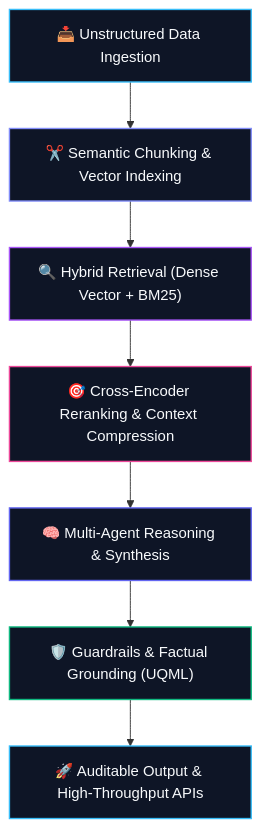
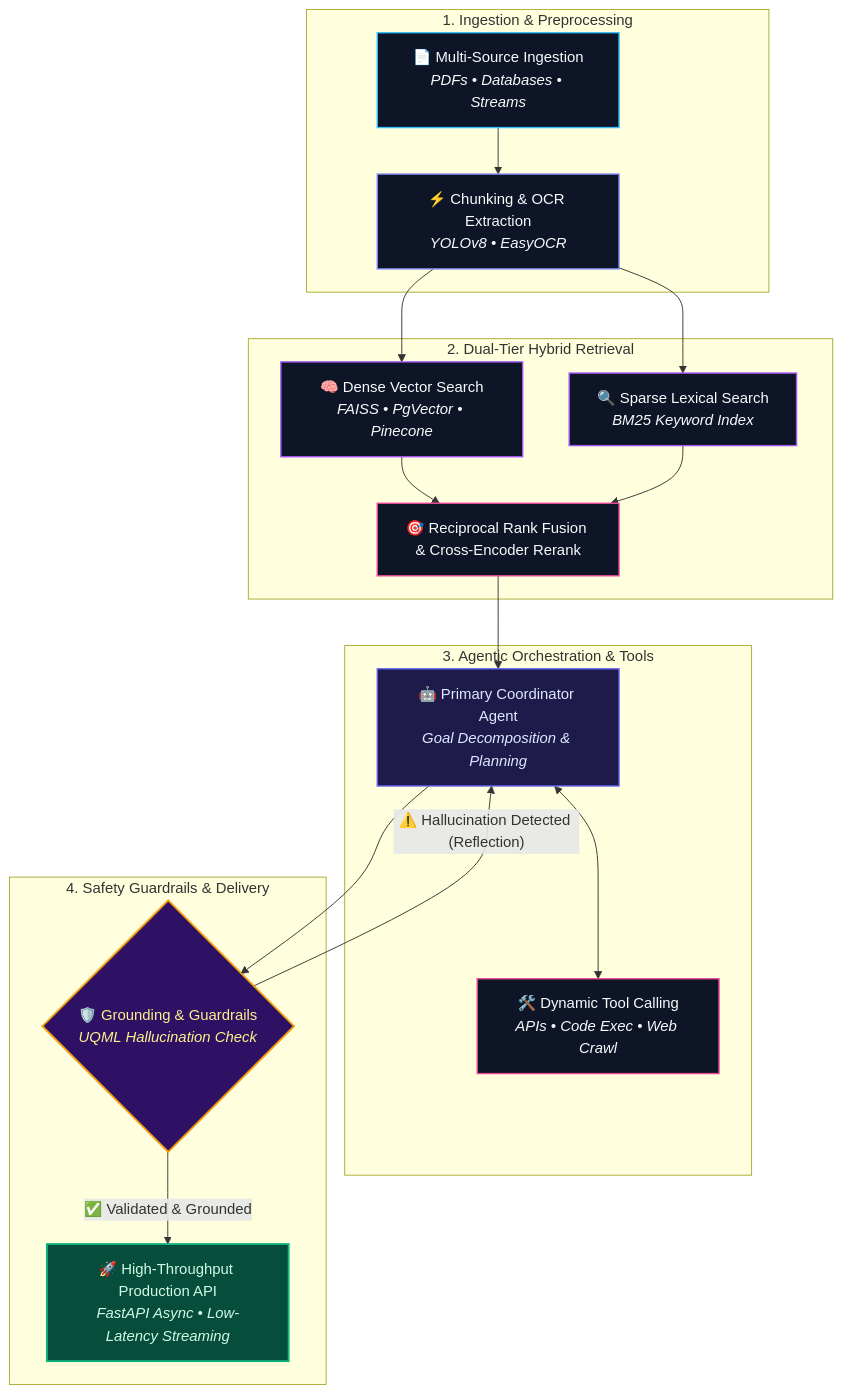
The diagram in README.md (lasithadilshan/lasithadilshan), drawn with Mermaid before and after one commit. The commit also changed other lines of this file and 1 other file, not shown here.

Commit message:
Upgrade Architectural Principles section with enterprise vector diagram and advanced Mermaid pipeline

````diff
--- a/README.md
+++ b/README.md
@@ -243,17 +217,33 @@
 ```mermaid
-flowchart TD
-    A["📥 Unstructured Data Ingestion"] --> B["✂️ Semantic Chunking & Vector Indexing"]
-    B --> C["🔍 Hybrid Retrieval (Dense Vector + BM25)"]
-    C --> D["🎯 Cross-Encoder Reranking & Context Compression"]
-    D --> E["🧠 Multi-Agent Reasoning & Synthesis"]
-    E --> F["🛡️ Guardrails & Factual Grounding (UQML)"]
-    F --> G["🚀 Auditable Output & High-Throughput APIs"]
+flowchart TB
+    subgraph S1 ["1. Ingestion & Preprocessing"]
+        A["📄 Multi-Source Ingestion<br/><i>PDFs • Databases • Streams</i>"] --> B["⚡ Chunking & OCR Extraction<br/><i>YOLOv8 • EasyOCR</i>"]
+    end
+
+    subgraph S2 ["2. Dual-Tier Hybrid Retrieval"]
+        B --> C1["🧠 Dense Vector Search<br/><i>FAISS • PgVector • Pinecone</i>"]
+        B --> C2["🔍 Sparse Lexical Search<br/><i>BM25 Keyword Index</i>"]
+        C1 & C2 --> D["🎯 Reciprocal Rank Fusion & Cross-Encoder Rerank"]
+    end
+
+    subgraph S3 ["3. Agentic Orchestration & Tools"]
+        D --> E1["🤖 Primary Coordinator Agent<br/><i>Goal Decomposition & Planning</i>"]
+        E1 <--> E2["🛠️ Dynamic Tool Calling<br/><i>APIs • Code Exec • Web Crawl</i>"]
+    end
+
+    subgraph S4 ["4. Safety Guardrails & Delivery"]
+        E1 --> F{"🛡️ Grounding & Guardrails<br/><i>UQML Hallucination Check</i>"}
+        F -- "⚠️ Hallucination Detected (Reflection)" --> E1
+        F -- "✅ Validated & Grounded" --> G["🚀 High-Throughput Production API<br/><i>FastAPI Async • Low-Latency Streaming</i>"]
+    end
 
     style A fill:#0e1526,stroke:#38bdf8,stroke-width:1.5px,color:#f8fafc
     style B fill:#0e1526,stroke:#818cf8,stroke-width:1.5px,color:#f8fafc
-    style C fill:#0e1526,stroke:#a855f7,stroke-width:1.5px,color:#f8fafc
+    style C1 fill:#0e1526,stroke:#a855f7,stroke-width:1.5px,color:#f8fafc
+    style C2 fill:#0e1526,stroke:#a855f7,stroke-width:1.5px,color:#f8fafc
     style D fill:#0e1526,stroke:#ec4899,stroke-width:1.5px,color:#f8fafc
-    style E fill:#0e1526,stroke:#6366f1,stroke-width:1.5px,color:#f8fafc
-    style F fill:#0e1526,stroke:#10b981,stroke-width:1.5px,color:#f8fafc
-    style G fill:#0e1526,stroke:#38bdf8,stroke-width:1.5px,color:#f8fafc
+    style E1 fill:#1e1b4b,stroke:#6366f1,stroke-width:1.5px,color:#e0e7ff
+    style E2 fill:#0e1526,stroke:#ec4899,stroke-width:1.5px,color:#f8fafc
+    style F fill:#2e1065,stroke:#f59e0b,stroke-width:2px,color:#fef08a
+    style G fill:#064e3b,stroke:#10b981,stroke-width:2px,color:#d1fae5
 ```
````
